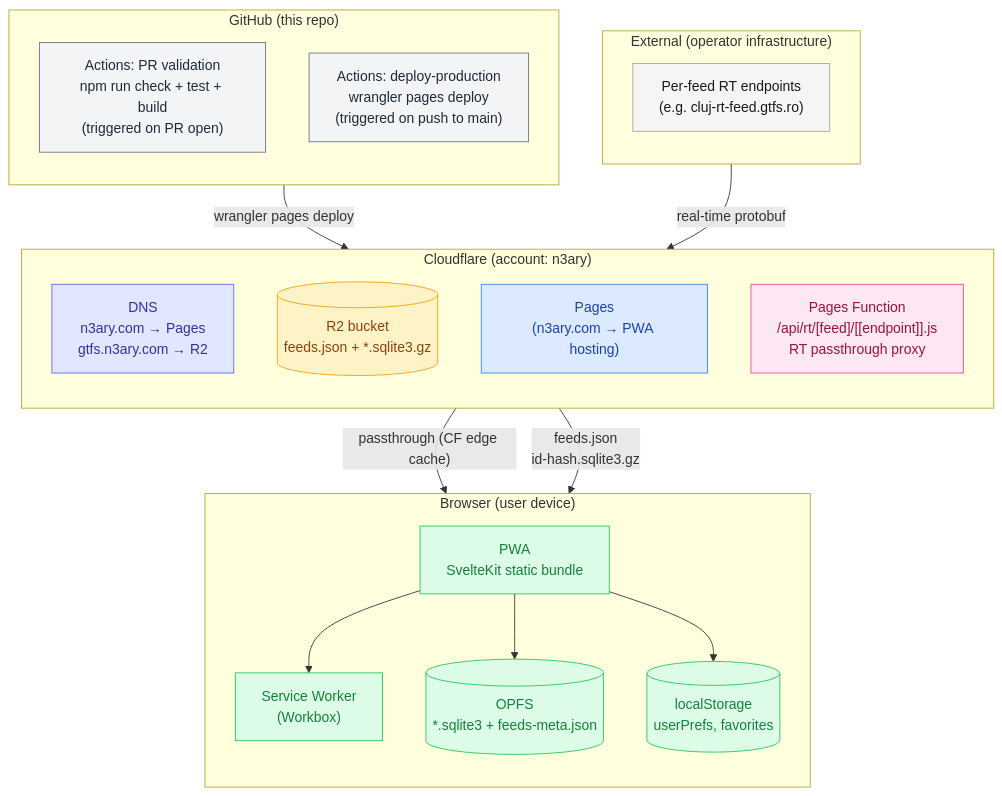
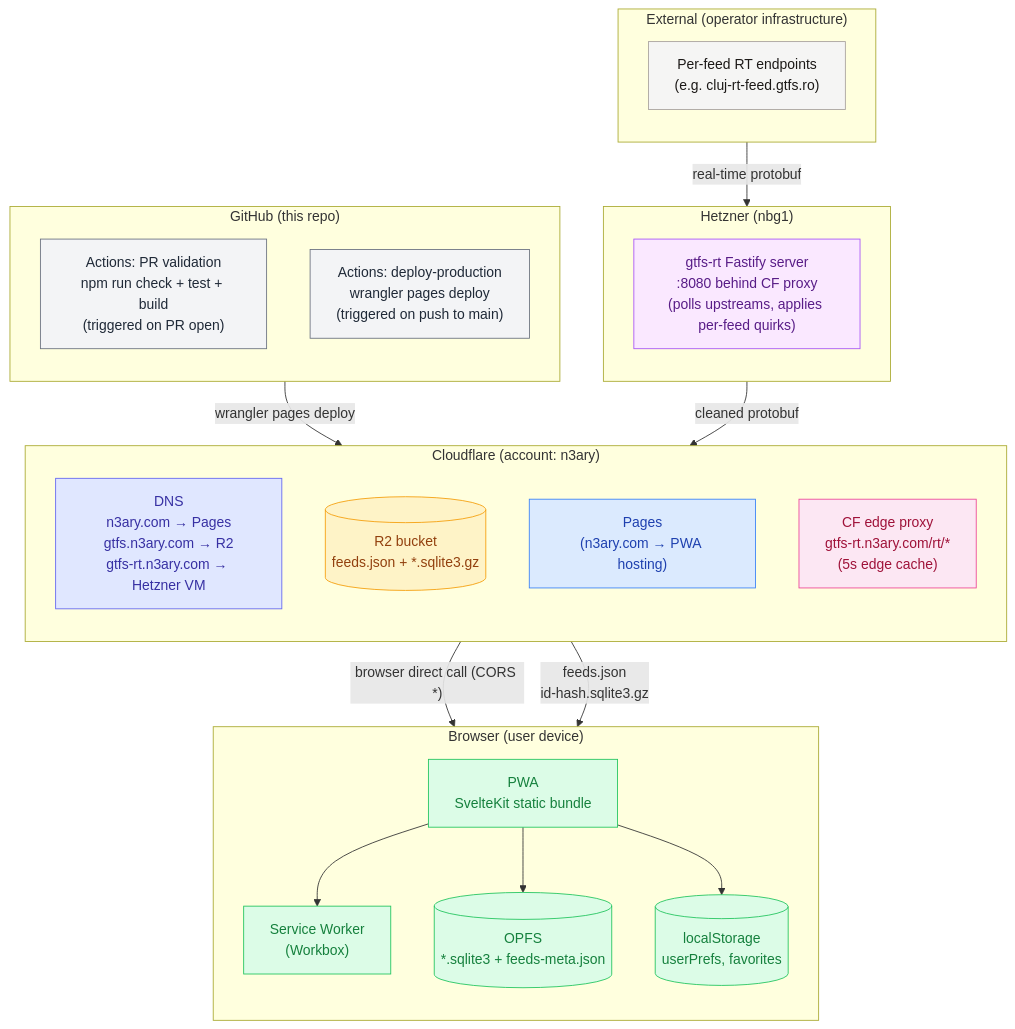
Before and after one commit to n3ary/neary: the diagram in docs/architecture/infrastructure.md, drawn with Mermaid. The commit also changed other lines of this file and 15 other files, not shown here.

````diff
--- a/docs/architecture/infrastructure.md
+++ b/docs/architecture/infrastructure.md
@@ -14,48 +14,55 @@
 ```mermaid
 flowchart TB
   subgraph External["External (operator infrastructure)"]
     direction TB
     rt["Per-feed RT endpoints<br/>(e.g. cluj-rt-feed.gtfs.ro)"]:::external
   end
 
+  subgraph Hetzner["Hetzner (nbg1)"]
+    direction TB
+    rtvm["gtfs-rt Fastify server<br/>:8080 behind CF proxy<br/>(polls upstreams, applies per-feed quirks)"]:::hetzner
+  end
+
   subgraph Cloudflare["Cloudflare (account: n3ary)"]
     direction TB
-    dns["DNS<br/>n3ary.com → Pages<br/>gtfs.n3ary.com → R2"]:::dns
+    dns["DNS<br/>n3ary.com → Pages<br/>gtfs.n3ary.com → R2<br/>gtfs-rt.n3ary.com → Hetzner VM"]:::dns
     r2[("R2 bucket<br/>feeds.json + *.sqlite3.gz")]:::r2
     pages["Pages<br/>(n3ary.com → PWA hosting)"]:::pages
-    pages_fn["Pages Function<br/>/api/rt/[feed]/[[endpoint]].js<br/>RT passthrough proxy"]:::pagesfn
+    rtproxy["CF edge proxy<br/>gtfs-rt.n3ary.com/rt/*<br/>(5s edge cache)"]:::cfrt
   end
 
   subgraph GitHub["GitHub (this repo)"]
     direction TB
     gh_pr["Actions: PR validation<br/>npm run check + test + build<br/>(triggered on PR open)"]:::gh
     gh_deploy["Actions: deploy-production<br/>wrangler pages deploy<br/>(triggered on push to main)"]:::gh
   end
 
   subgraph Browser["Browser (user device)"]
     direction TB
     pwa["PWA<br/>SvelteKit static bundle"]:::browser
     sw["Service Worker<br/>(Workbox)"]:::browser
     opfs[("OPFS<br/>*.sqlite3 + feeds-meta.json")]:::browser
     localstorage[("localStorage<br/>userPrefs, favorites")]:::browser
   end
 
-  rt -->|"real-time protobuf"| pages_fn
-  pages_fn -->|"passthrough (CF edge cache)"| pwa
+  rt -->|"real-time protobuf"| rtvm
+  rtvm -->|"cleaned protobuf"| rtproxy
+  rtproxy -->|"browser direct call (CORS *)"| pwa
 
   r2 -->|"feeds.json<br/>id-hash.sqlite3.gz"| pwa
 
   gh_deploy -->|"wrangler pages deploy"| pages
 
   pwa --> sw
   pwa --> opfs
   pwa --> localstorage
 
   classDef external fill:#f5f5f4,stroke:#a8a29e,color:#1c1917
+  classDef hetzner fill:#fae8ff,stroke:#a855f7,color:#581c87
   classDef r2 fill:#fef3c7,stroke:#f59e0b,color:#92400e
   classDef dns fill:#e0e7ff,stroke:#6366f1,color:#3730a3
   classDef pages fill:#dbeafe,stroke:#3b82f6,color:#1e40af
-  classDef pagesfn fill:#fce7f3,stroke:#ec4899,color:#9f1239
+  classDef cfrt fill:#fce7f3,stroke:#ec4899,color:#9f1239
   classDef gh fill:#f3f4f6,stroke:#6b7280,color:#1f2937
   classDef browser fill:#dcfce7,stroke:#22c55e,color:#15803d
 ```
````
